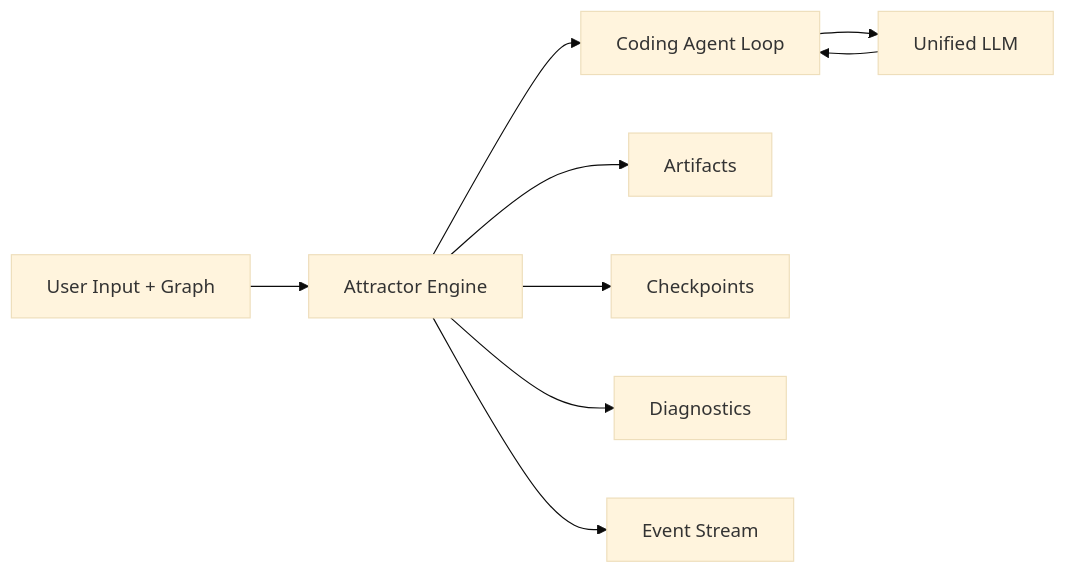
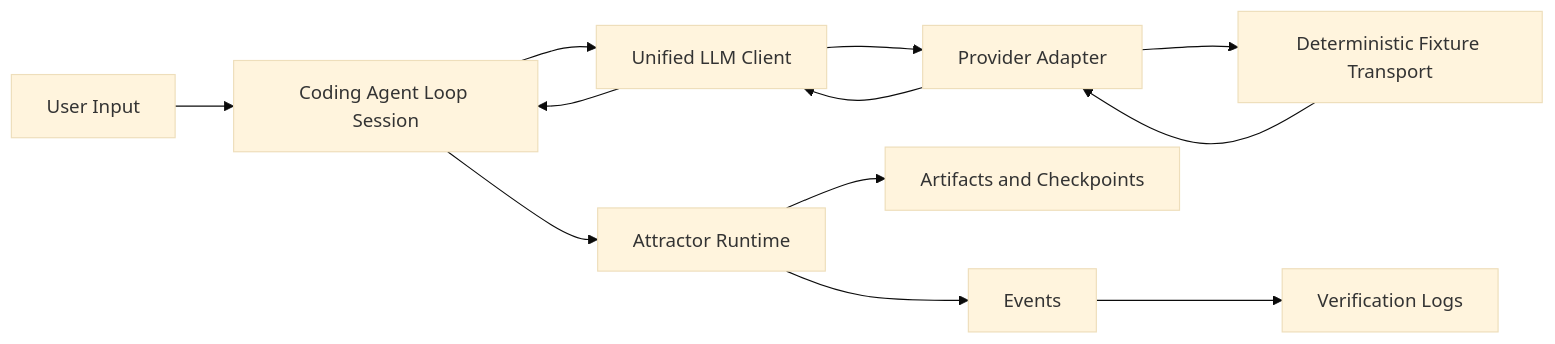
One commit to jaytaylor/attractor-tcl changed the fourth of 5 diagrams in docs/sprints/SPRINT-003-implementation-plan.md. Above: the diagram before and after it, drawn with Mermaid (base theme). The commit also changed other lines of this file, not shown here.

````diff
--- a/docs/sprints/SPRINT-003-implementation-plan.md
+++ b/docs/sprints/SPRINT-003-implementation-plan.md
@@ -1709,11 +839,14 @@
 ```mermaid
 flowchart LR
-  U[User Input + Graph] --> ATR[Attractor Engine]
-  ATR --> CAL[Coding Agent Loop]
-  CAL --> ULLM[Unified LLM]
+  U[User Input] --> CAL[Coding Agent Loop Session]
+  CAL --> ULLM[Unified LLM Client]
+  ULLM --> ADP[Provider Adapter]
+  ADP --> FX[Deterministic Fixture Transport]
+  FX --> ADP
+  ADP --> ULLM
   ULLM --> CAL
-  ATR --> ARTS[Artifacts]
-  ATR --> CKPT[Checkpoints]
-  ATR --> DIAG[Diagnostics]
-  ATR --> EVT[Event Stream]
+  CAL --> ATR[Attractor Runtime]
+  ATR --> ART[Artifacts and Checkpoints]
+  ATR --> EVT[Events]
+  EVT --> OBS[Verification Logs]
 ```
````
